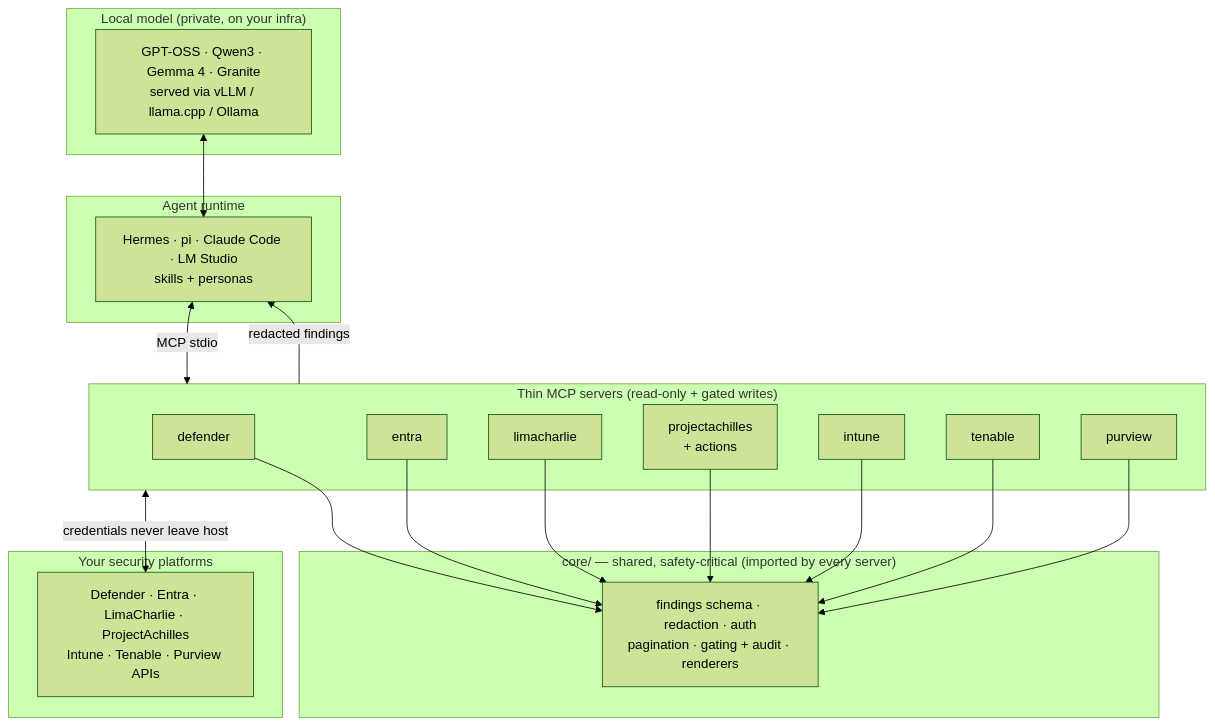
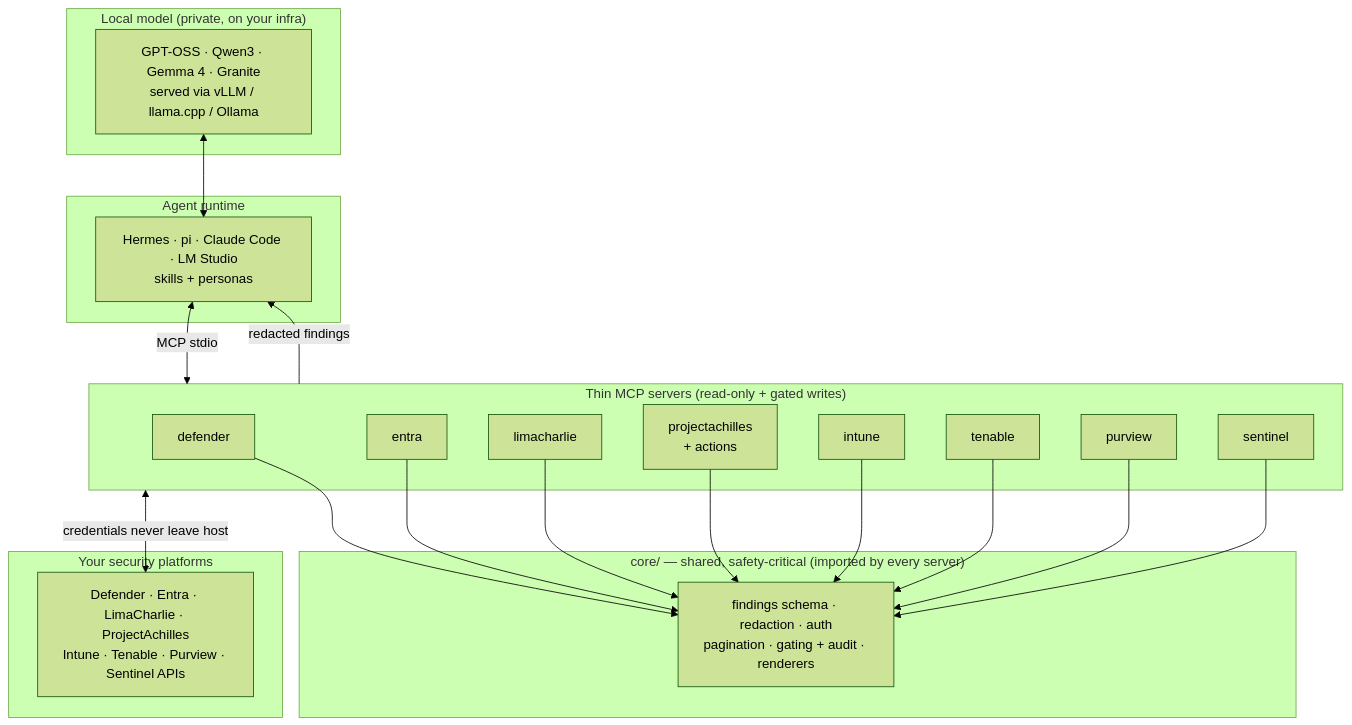
One commit to ubercylon8/f0_sectools changed the diagram in README.md. Above: the diagram before and after it, drawn with Mermaid (forest theme). The commit also changed other lines of this file and 48 other files, not shown here.

````diff
--- a/README.md
+++ b/README.md
@@ -120,30 +121,31 @@
 ```mermaid
 flowchart TB
     subgraph model["Local model (private, on your infra)"]
       LM["GPT-OSS · Qwen3 · Gemma 4 · Granite<br/>served via vLLM / llama.cpp / Ollama"]
     end
     subgraph runtime["Agent runtime"]
       RT["Hermes · pi · Claude Code · LM Studio<br/>skills + personas"]
     end
     subgraph servers["Thin MCP servers (read-only + gated writes)"]
       D["defender"]
       E["entra"]
       L["limacharlie"]
       P["projectachilles<br/>+ actions"]
       I["intune"]
       T["tenable"]
       U["purview"]
+      S["sentinel"]
     end
     subgraph core["core/ — shared, safety-critical (imported by every server)"]
       C["findings schema · redaction · auth<br/>pagination · gating + audit · renderers"]
     end
     subgraph platforms["Your security platforms"]
-      API["Defender · Entra · LimaCharlie · ProjectAchilles<br/>Intune · Tenable · Purview APIs"]
+      API["Defender · Entra · LimaCharlie · ProjectAchilles<br/>Intune · Tenable · Purview · Sentinel APIs"]
     end
 
     LM <--> RT
     RT <-->|MCP stdio| servers
-    D & E & L & P & I & T & U --> C
+    D & E & L & P & I & T & U & S --> C
     servers -->|redacted findings| RT
     servers <-->|credentials never leave host| API
 ```
````
